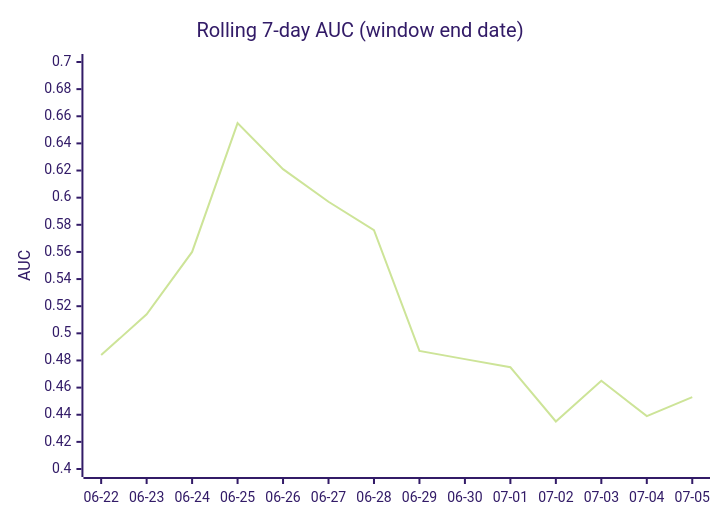
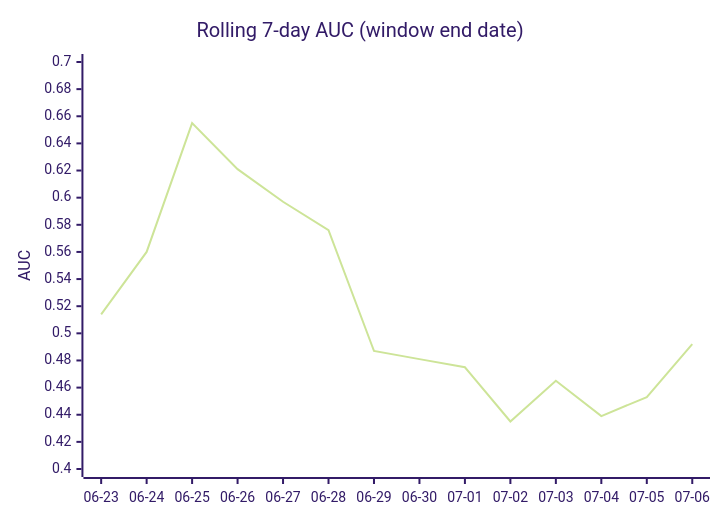
One commit to dpk1212/nhl-savant changed the fourth of 5 diagrams in DAILY_AGSU_REPORT.md. Above: the diagram before and after it, drawn with Mermaid (forest theme). The commit also changed other lines of this file, not shown here.

````diff
--- a/DAILY_AGSU_REPORT.md
+++ b/DAILY_AGSU_REPORT.md
@@ -534,7 +539,7 @@
 ```mermaid
 xychart-beta
     title "Rolling 7-day AUC (window end date)"
-    x-axis ["06-22", "06-23", "06-24", "06-25", "06-26", "06-27", "06-28", "06-29", "06-30", "07-01", "07-02", "07-03", "07-04", "07-05"]
+    x-axis ["06-23", "06-24", "06-25", "06-26", "06-27", "06-28", "06-29", "06-30", "07-01", "07-02", "07-03", "07-04", "07-05", "07-06"]
     y-axis "AUC" 0.4 --> 0.7
-    line [0.484, 0.514, 0.56, 0.655, 0.621, 0.597, 0.576, 0.487, 0.481, 0.475, 0.435, 0.465, 0.439, 0.453]
+    line [0.514, 0.56, 0.655, 0.621, 0.597, 0.576, 0.487, 0.481, 0.475, 0.435, 0.465, 0.439, 0.453, 0.492]
 ```
````
